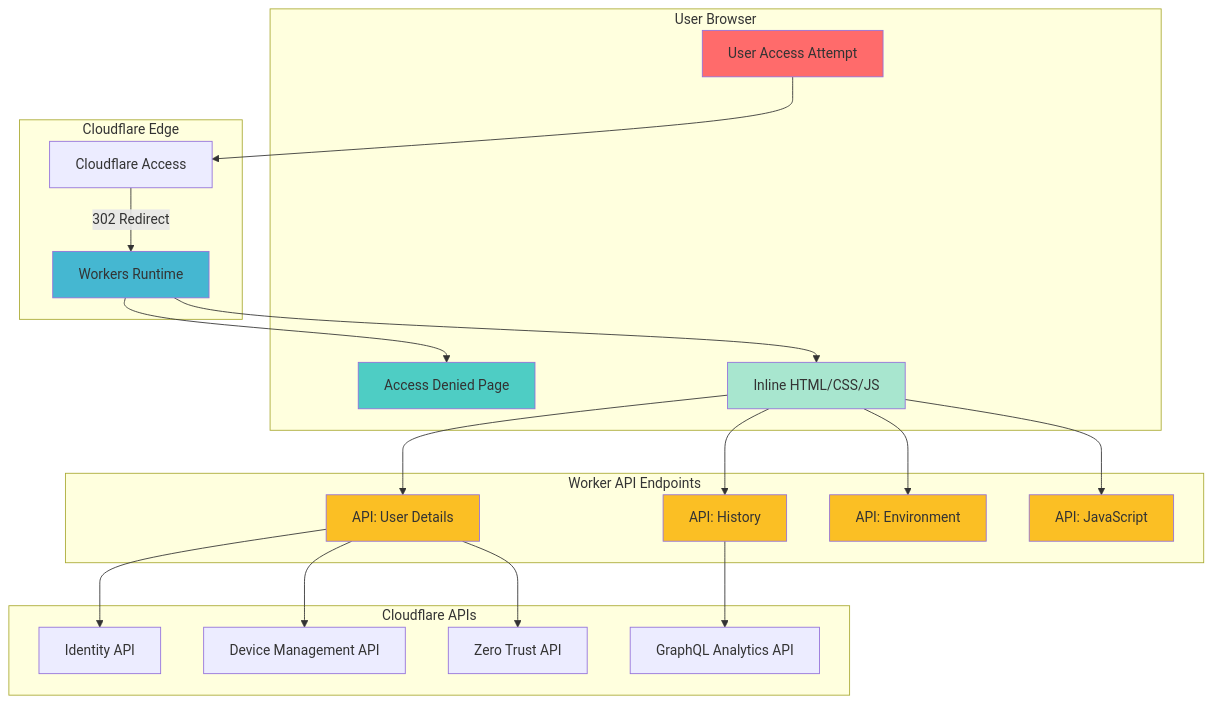
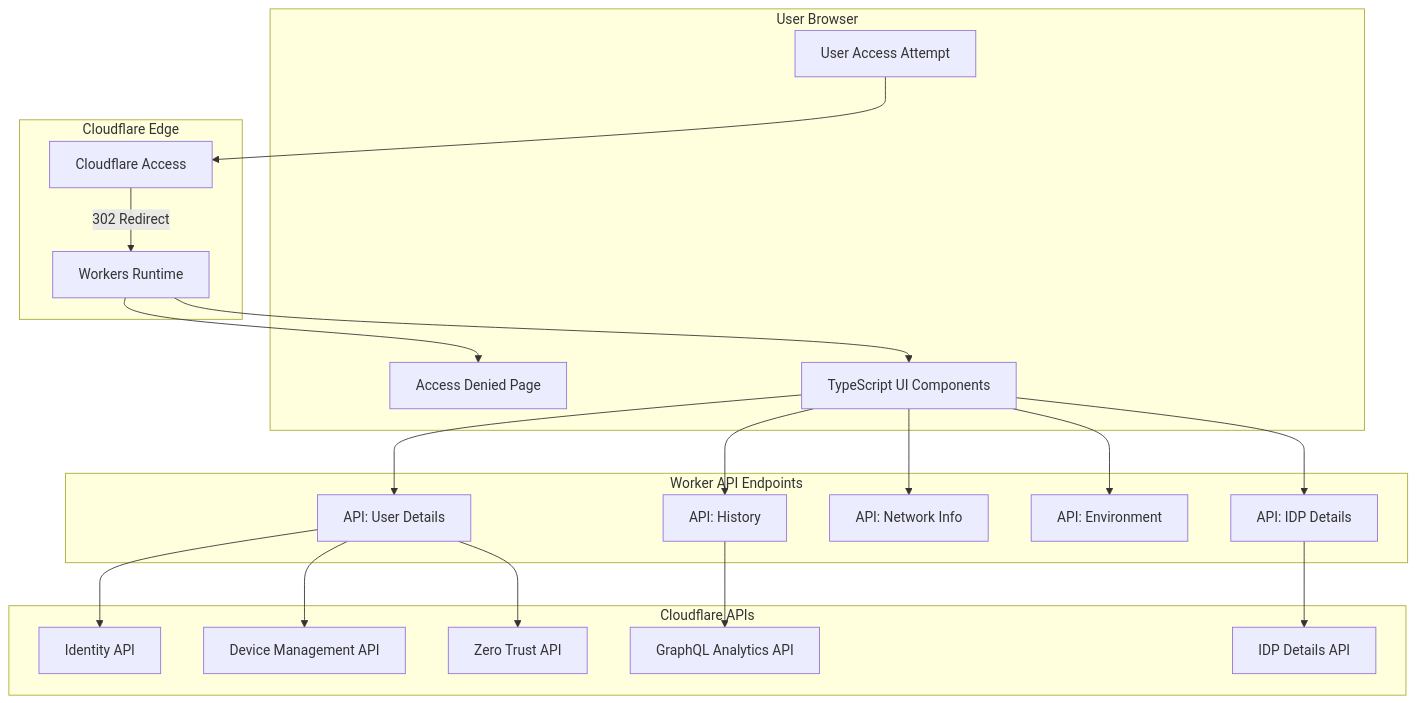
Before and after one commit to macharpe/cloudflare-access-denied-info-page: the diagram in README.md, drawn with Mermaid. The commit also changed other lines of this file and 16 other files, not shown here.

First line of the commit message:
📝 docs: streamline README and complete TypeScript architecture migration (#5)

````diff
--- a/README.md
+++ b/README.md
@@ -42,51 +34,46 @@
 ```mermaid
 graph TB
     subgraph "User Browser"
         A[User Access Attempt]
         B[Access Denied Page]
-        C[Inline HTML/CSS/JS]
+        C[TypeScript UI Components]
     end
 
     subgraph "Cloudflare Edge"
         D[Cloudflare Access]
         E[Workers Runtime]
     end
 
     subgraph "Cloudflare APIs"
         G[Identity API]
         H[Device Management API]
         I[GraphQL Analytics API]
         J[Zero Trust API]
+        K[IDP Details API]
     end
 
     subgraph "Worker API Endpoints"
-        K["API: User Details"]
-        L["API: History"]
-        M["API: Environment"]
-        N["API: JavaScript"]
+        L["API: User Details"]
+        M["API: History"]
+        N["API: Network Info"]
+        O["API: Environment"]
+        P["API: IDP Details"]
     end
 
     A --> D
     D -->|302 Redirect| E
     E --> B
     E --> C
 
-    C --> K
     C --> L
     C --> M
     C --> N
+    C --> O
+    C --> P
 
-    K --> G
-    K --> H
-    K --> J
-    L --> I
-
-    style A fill:#ff6b6b
-    style B fill:#4ecdc4
-    style E fill:#45b7d1
-    style C fill:#a8e6cf
-    style K fill:#fbbf24
-    style L fill:#fbbf24
-    style M fill:#fbbf24
-    style N fill:#fbbf24
+    L --> G
+    L --> H
+    L --> J
+    M --> I
+    P --> K
 ```
````
